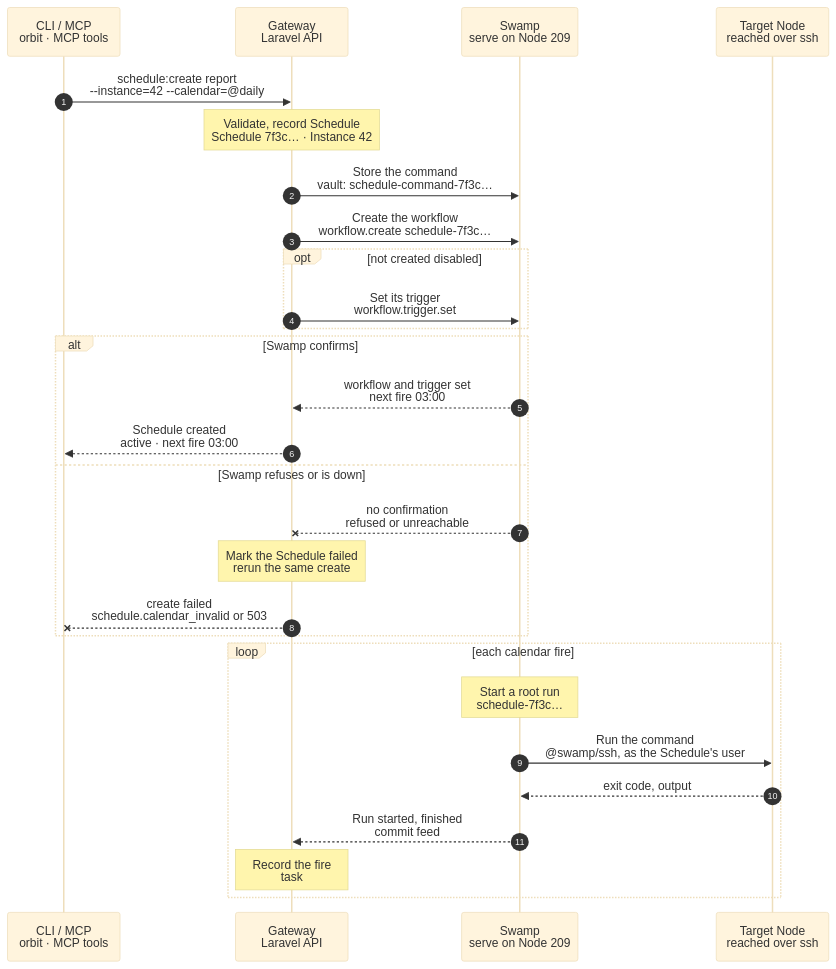
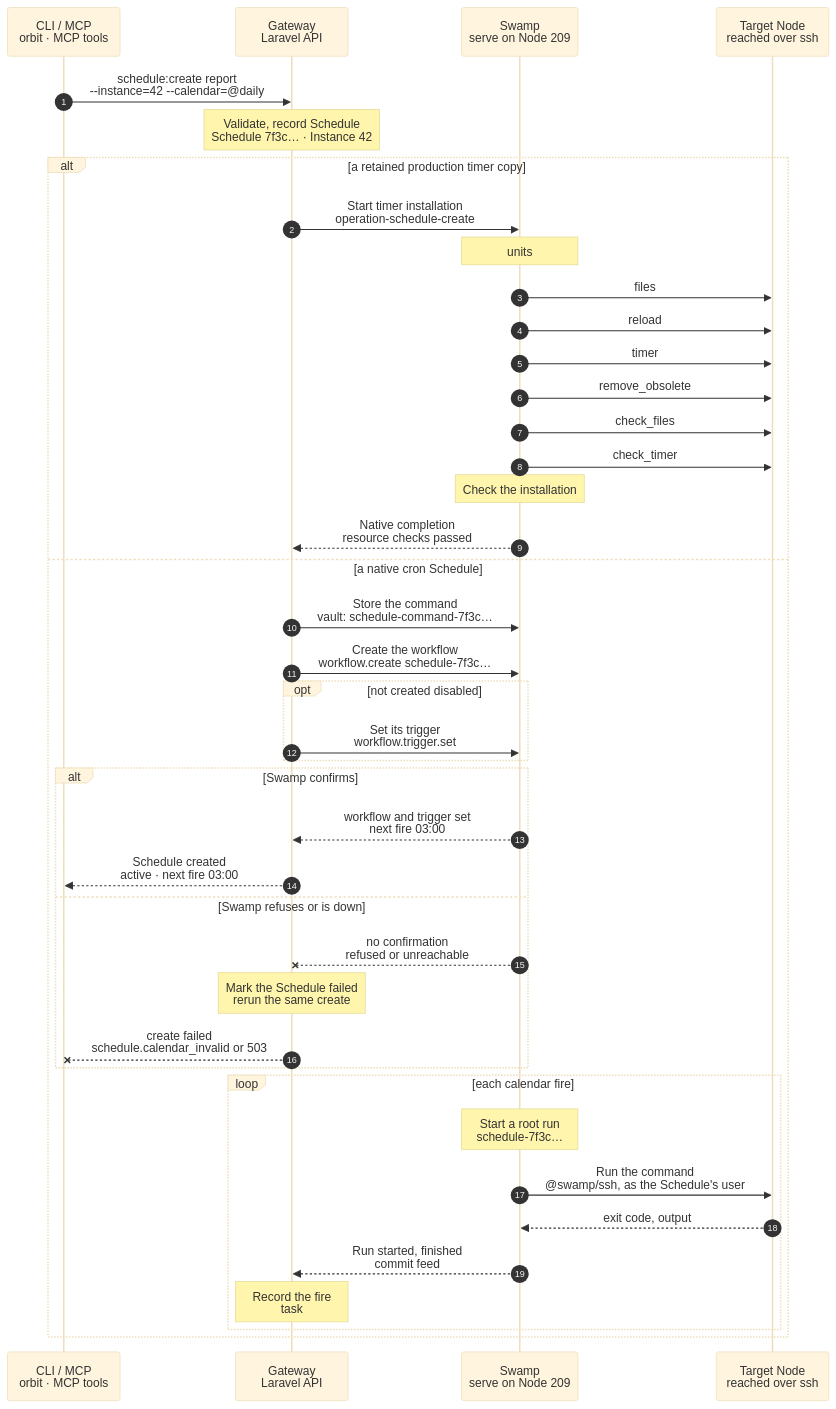
The diagram in docs/cli/schedule/create.mmd (hardimpactdev/orbit), drawn with Mermaid (base theme) before and after one commit. The commit also changed 8 other files, not shown here.

```diff
--- a/docs/cli/schedule/create.mmd
+++ b/docs/cli/schedule/create.mmd
@@ -1,121 +1,154 @@
 sequenceDiagram
-  %% Target design: ADR 0244 native Swamp schedules, one Swamp workflow per Schedule (Nick 2026-11-02), nothing installed on Nodes; R1-R3.
+  %% Target design: ADR 0244 native Swamp schedules, one Swamp workflow per Schedule (Nick 2026-11-02), retained production Node timers use official resources; R1-R3 and rule 14.
   %% status: migrated
   %% command: schedule:create
   %% kind: schedule.create
   autonumber
   %% lane CLI icon=terminal pill=caller tone=gray
   %% lane GW icon=gateway pill=intent tone=blue
   %% lane SW icon=workflow pill=executes tone=green
   %% lane N icon=server pill=target tone=amber
   participant CLI as CLI / MCP<br/>orbit · MCP tools
   participant GW as Gateway<br/>Laravel API
   participant SW as Swamp<br/>serve on Node 209
   participant N as Target Node<br/>reached over ssh
   CLI->>GW: schedule:create report<br/>--instance=42 --calendar=@daily
   %%> Command:
   %%> - `orbit schedule:create report --instance=42 --calendar='0 3 * * *' --command='php artisan report:send' --timeout=600`
   %%> - syntax: `<name> (--node=ID | --instance=ID | --project=ID --for=production) --calendar=CALENDAR --command=COMMAND [--timeout=SECONDS] [--no-start] [--idempotency-key=KEY]`
   %%> Input:
   %%> - the name as the argument, unique for its Node or Instance
   %%> - exactly one owner: a Node, an Instance, or a Project definition
   %%> - the calendar, the command line and the timeout (default 3,600 seconds)
   %%> Calendar:
   %%> - a cron expression, the format Swamp schedules use, for example `0 3 * * *`, a 6-field form with seconds such as `20 * * * * *`, or a shorthand such as `@hourly` or `@daily`
   %%> - it fires in serve's time zone (UTC); a Swamp trigger carries no time zone
   %%> - existing systemd calendars are converted once during the migration
   %%> - optionally `--no-start`, to create a Node or Instance Schedule disabled
   %%> Who can call it:
   %%> - the `orbit` CLI and the MCP tool send the same request
   Note over GW: Validate, record Schedule<br/>Schedule 7f3c… · Instance 42
   %%> Requirements:
   %%> - your Node has an access grant to Node 12, which runs Instance 42
   %%> - Instance 42 is active; a production Instance has a selected release
   %%> - the name, calendar, command and timeout are valid
   %%> - Instance 42 has no Schedule with this name and another specification (`schedule.retry_conflict`)
   %%> Derives from the Placement:
   %%> - the user, the working directory and the shell the command runs with
   %%> Result:
   %%> - Schedule 7f3c… recorded, with its desired state `enabled`, or `disabled` with `--no-start`
   %%> - an identical create returns the existing Schedule
   %%> With `--project`:
   %%> - only a Project Schedule definition is recorded (R1); the answer comes at once
   %%> - production preparation later copies it into a disabled Instance Schedule; a cron calendar makes a native copy, a systemd calendar a Node timer
   %%> Exception:
   %%> - production's per-minute schedulers (`laravel-scheduler`, `powersync-health`) keep their systemd timer on the Node until the serve load and outage test passes (ADR 0244)
   %%> - all other Node and Instance Schedules are native Swamp schedules on 209
-  GW->>SW: Store the command<br/>vault: schedule-command-7f3c…
-  %%> What it does:
-  %%> - pushes the command line to a Swamp vault key on 209 (R3)
-  %%> Why:
-  %%> - the command is operator input; it never goes into workflow files, run inputs or step output
-  GW->>SW: Create the workflow<br/>workflow.create schedule-7f3c…
-  %%> What it does:
-  %%> - creates one small Swamp workflow for this Schedule on serve (Node 209), then writes its content with `workflow.edit`
-  %%> - its one step calls the shared `task-command-run` as a nested workflow
-  %%> - nothing is installed on Node 12; there is no Node work, so no run starts (R1)
-  %%> Fixed inside:
-  %%> - the full intent: Schedule 7f3c…, Node 12's address and SSH host keys, the user, the working directory, the shell and the timeout
-  %%> - the command's vault key name, never the command itself
-  %%> Stored:
-  %%> - in serve's `workflows/` directory beside the checked-in workflows; a release load keeps it
-  %%> - the Gateway's Schedule record stays the source; an identical create writes it again
-  opt not created disabled
-    GW->>SW: Set its trigger<br/>workflow.trigger.set
+  alt a retained production timer copy
+    GW->>SW: Start timer installation<br/>operation-schedule-create
+    %%> Inputs:
+    %%> - the captured public Schedule intent for the Node timer exception
+    Note over SW: units
     %%> What it does:
-    %%> - sets the cron trigger of `schedule-7f3c…` on serve
-    %%> When:
-    %%> - skipped with `--no-start`; `schedule:enable` sets it later
+    %%> - render the public service and timer units without command bytes
+    SW->>N: files
+    %%> What it does:
+    %%> - apply both unit files through official file resources
+    SW->>N: reload
+    %%> What it does:
+    %%> - reload systemd after the unit files are written
+    SW->>N: timer
+    %%> What it does:
+    %%> - apply the captured enabled and running state through official systemd
+    SW->>N: remove_obsolete
+    %%> What it does:
+    %%> - remove the obsolete script and completion files through official file resources
+    SW->>N: check_files
+    %%> What it does:
+    %%> - check both unit files and the absence of the two obsolete files
+    SW->>N: check_timer
+    %%> What it does:
+    %%> - check the captured timer state through official systemd
+    Note over SW: Check the installation
+    %%> What it does:
+    %%> - native assert requires every resource check to be compliant
+    SW-->>GW: Native completion<br/>resource checks passed
+    %%> Result:
+    %%> - the Gateway records readiness from the same terminal history read
+  else a native cron Schedule
+    GW->>SW: Store the command<br/>vault: schedule-command-7f3c…
+    %%> What it does:
+    %%> - pushes the command line to a Swamp vault key on 209 (R3)
+    %%> Why:
+    %%> - the command is operator input; it never goes into workflow files, run inputs or step output
+    GW->>SW: Create the workflow<br/>workflow.create schedule-7f3c…
+    %%> What it does:
+    %%> - creates one small Swamp workflow for this Schedule on serve (Node 209), then writes its content with `workflow.edit`
+    %%> - its one step calls the shared `task-command-run` as a nested workflow
+    %%> - nothing is installed on Node 12; there is no Node work, so no run starts (R1)
+    %%> Fixed inside:
+    %%> - the full intent: Schedule 7f3c…, Node 12's address and SSH host keys, the user, the working directory, the shell and the timeout
+    %%> - the command's vault key name, never the command itself
+    %%> Stored:
+    %%> - in serve's `workflows/` directory beside the checked-in workflows; a release load keeps it
+    %%> - the Gateway's Schedule record stays the source; an identical create writes it again
+    opt not created disabled
+      GW->>SW: Set its trigger<br/>workflow.trigger.set
+      %%> What it does:
+      %%> - sets the cron trigger of `schedule-7f3c…` on serve
+      %%> When:
+      %%> - skipped with `--no-start`; `schedule:enable` sets it later
+    end
+    alt Swamp confirms
+      SW-->>GW: workflow and trigger set<br/>next fire 03:00
+      %%> Returns:
+      %%> - the workflow exists and its trigger is active, with its next fire time
+      GW-->>CLI: Schedule created<br/>active · next fire 03:00
+      %%> Result:
+      %%> - Schedule 7f3c… becomes active, only after Swamp confirms
+      %%> - with `--no-start`: active and disabled, with no trigger
+      %%> - task #5140 is recorded as succeeded at once (R1)
+      %%> What you get:
+      %%> - the Schedule and its next fire, at once; there is nothing to follow
+    else Swamp refuses or is down
+      SW--xGW: no confirmation<br/>refused or unreachable
+      %%> When:
+      %%> - Swamp refuses the calendar, or serve on 209 does not answer
+      Note over GW: Mark the Schedule failed<br/>rerun the same create
+      %%> Result:
+      %%> - Schedule 7f3c… stays recorded, marked failed, with its error code
+      %%> - the vault key and a created workflow without a trigger may stay; they start nothing
+      %%> Retry:
+      %%> - run the same command again; an identical create writes the workflow and its trigger again
+      GW--xCLI: create failed<br/>schedule.calendar_invalid or 503
+      %%> Returns:
+      %%> - `schedule.calendar_invalid` (422) for a refused calendar
+      %%> - `swamp.schedule_publish_unavailable` (503) when serve does not answer
+    end
+    loop each calendar fire
+      Note over SW: Start a root run<br/>schedule-7f3c…
+      %%> What it does:
+      %%> - serve fires the trigger and starts one root run of `schedule-7f3c…` on 209
+      %%> - its step runs `task-command-run` with the fixed intent, within the Schedule's timeout
+      %%> Timing:
+      %%> - serve runs up to 4 scheduled runs at once; a fire can start late when all are busy
+      %%> - a Schedule never overlaps itself; a fire due while the last one runs waits
+      SW->>N: Run the command<br/>@swamp/ssh, as the Schedule's user
+      %%> How:
+      %%> - checks the user and the working directory on Node 12
+      %%> - reads the command with `vault.get` and sends it on stdin
+      %%> Runs as:
+      %%> - the Schedule's user, in its working directory, with its shell
+      N-->>SW: exit code, output
+      %%> Returns:
+      %%> - the exit code; the output stays in the Swamp step
+      SW-->>GW: Run started, finished<br/>commit feed
+      %%> How the Gateway learns it:
+      %%> - its shared run reader sees the root run start and end; Swamp never calls the Gateway
+      Note over GW: Record the fire<br/>task #5141 · trigger: schedule
+      %%> Result:
+      %%> - each fire becomes a task, with trigger `schedule`, recorded when it starts
+      %%> - when it ends, the task gets the nested result, such as `schedule.target_unavailable` or `schedule.run_failed`
+      %%> - `last_run_at` and `last_run_status` of Schedule 7f3c… are set when it ends
+    end
   end
-  alt Swamp confirms
-    SW-->>GW: workflow and trigger set<br/>next fire 03:00
-    %%> Returns:
-    %%> - the workflow exists and its trigger is active, with its next fire time
-    GW-->>CLI: Schedule created<br/>active · next fire 03:00
-    %%> Result:
-    %%> - Schedule 7f3c… becomes active, only after Swamp confirms
-    %%> - with `--no-start`: active and disabled, with no trigger
-    %%> - task #5140 is recorded as succeeded at once (R1)
-    %%> What you get:
-    %%> - the Schedule and its next fire, at once; there is nothing to follow
-  else Swamp refuses or is down
-    SW--xGW: no confirmation<br/>refused or unreachable
-    %%> When:
-    %%> - Swamp refuses the calendar, or serve on 209 does not answer
-    Note over GW: Mark the Schedule failed<br/>rerun the same create
-    %%> Result:
-    %%> - Schedule 7f3c… stays recorded, marked failed, with its error code
-    %%> - the vault key and a created workflow without a trigger may stay; they start nothing
-    %%> Retry:
-    %%> - run the same command again; an identical create writes the workflow and its trigger again
-    GW--xCLI: create failed<br/>schedule.calendar_invalid or 503
-    %%> Returns:
-    %%> - `schedule.calendar_invalid` (422) for a refused calendar
-    %%> - `swamp.schedule_publish_unavailable` (503) when serve does not answer
-  end
-  loop each calendar fire
-    Note over SW: Start a root run<br/>schedule-7f3c…
-    %%> What it does:
-    %%> - serve fires the trigger and starts one root run of `schedule-7f3c…` on 209
-    %%> - its step runs `task-command-run` with the fixed intent, within the Schedule's timeout
-    %%> Timing:
-    %%> - serve runs up to 4 scheduled runs at once; a fire can start late when all are busy
-    %%> - a Schedule never overlaps itself; a fire due while the last one runs waits
-    SW->>N: Run the command<br/>@swamp/ssh, as the Schedule's user
-    %%> How:
-    %%> - checks the user and the working directory on Node 12
-    %%> - reads the command with `vault.get` and sends it on stdin
-    %%> Runs as:
-    %%> - the Schedule's user, in its working directory, with its shell
-    N-->>SW: exit code, output
-    %%> Returns:
-    %%> - the exit code; the output stays in the Swamp step
-    SW-->>GW: Run started, finished<br/>commit feed
-    %%> How the Gateway learns it:
-    %%> - its shared run reader sees the root run start and end; Swamp never calls the Gateway
-    Note over GW: Record the fire<br/>task #5141 · trigger: schedule
-    %%> Result:
-    %%> - each fire becomes a task, with trigger `schedule`, recorded when it starts
-    %%> - when it ends, the task gets the nested result, such as `schedule.target_unavailable` or `schedule.run_failed`
-    %%> - `last_run_at` and `last_run_status` of Schedule 7f3c… are set when it ends
-  end
```
